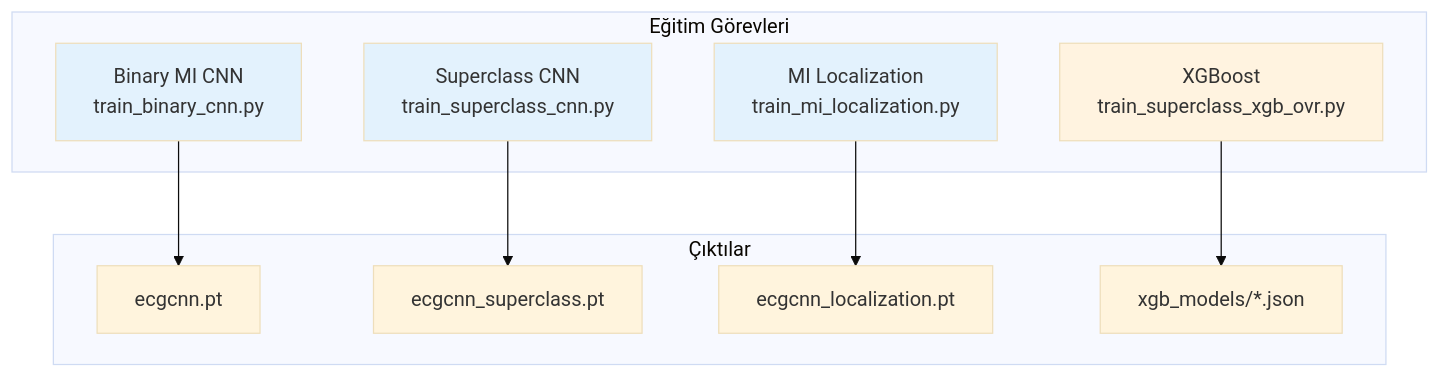
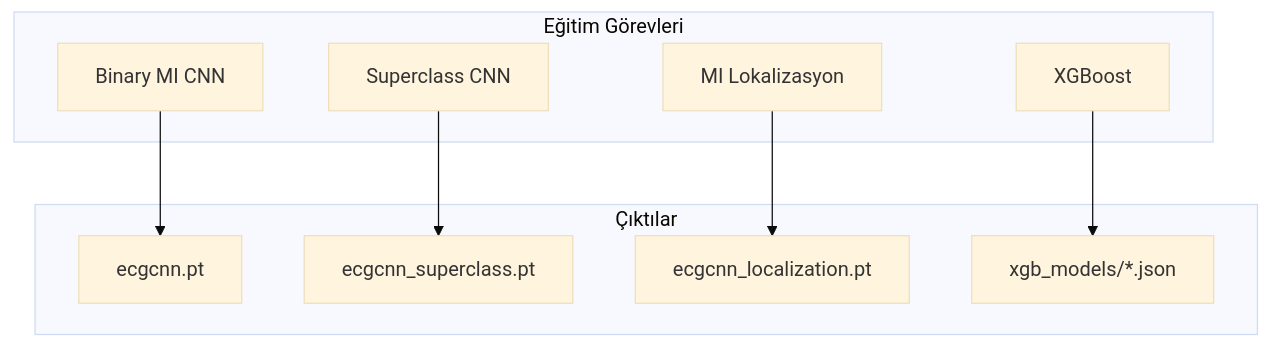
Before and after one commit to mUsaulug/CardioGuard-AI: the fifth of 8 diagrams in docs/diagrams/02_use_case_diagram.md, drawn with Mermaid (base theme). The commit also changed other lines of this file and 5 other files, not shown here.

````diff
--- a/docs/diagrams/02_use_case_diagram.md
+++ b/docs/diagrams/02_use_case_diagram.md
@@ -307,26 +253,21 @@
 ```mermaid
 graph TB
-    subgraph Eğitim Görevleri
-        T1["Binary MI CNN<br/>train_binary_cnn.py"]
-        T2["Superclass CNN<br/>train_superclass_cnn.py"]
-        T3["MI Localization<br/>train_mi_localization.py"]
-        T4["XGBoost<br/>train_superclass_xgb_ovr.py"]
+    subgraph Egitim_Gorevileri["Eğitim Görevleri"]
+        T1["Binary MI CNN"]
+        T2["Superclass CNN"]
+        T3["MI Lokalizasyon"]
+        T4["XGBoost"]
     end
     
-    subgraph Çıktılar
+    subgraph Ciktilar["Çıktılar"]
         C1["ecgcnn.pt"]
         C2["ecgcnn_superclass.pt"]
         C3["ecgcnn_localization.pt"]
         C4["xgb_models/*.json"]
     end
     
     T1 --> C1
     T2 --> C2
     T3 --> C3
     T4 --> C4
-    
-    style T1 fill:#e3f2fd
-    style T2 fill:#e3f2fd
-    style T3 fill:#e3f2fd
-    style T4 fill:#fff3e0
 ```
````
